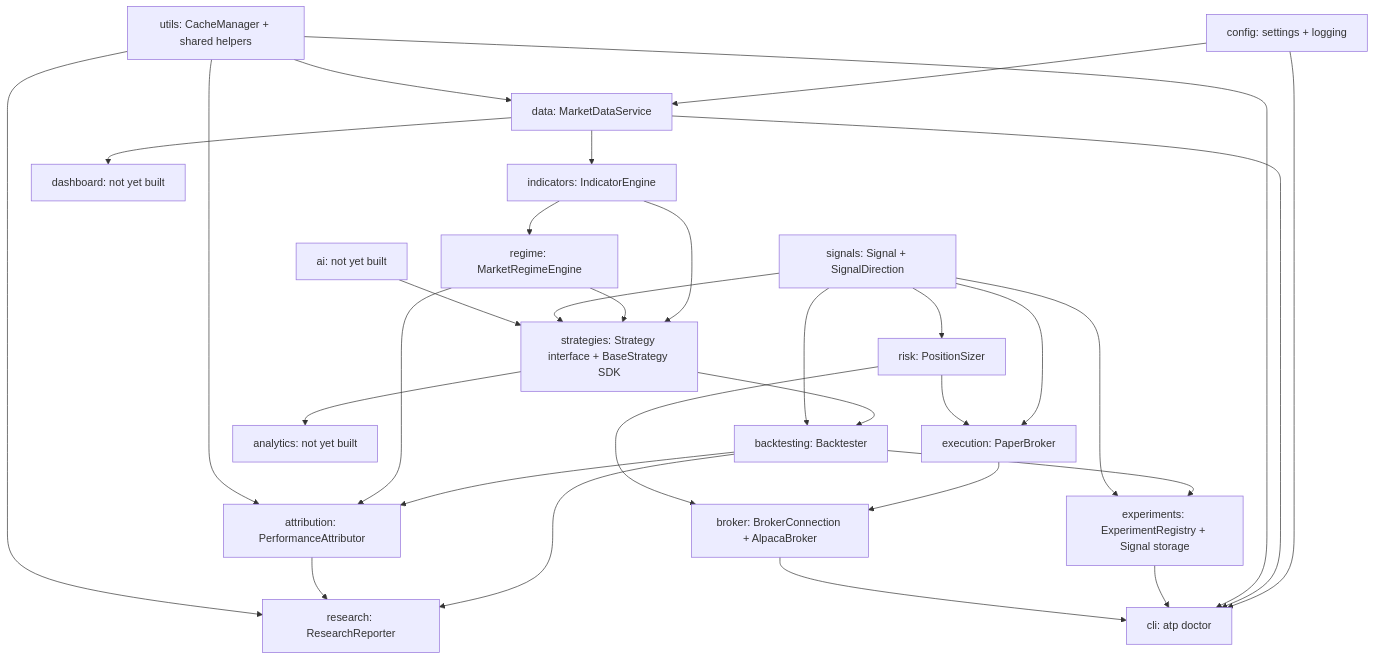
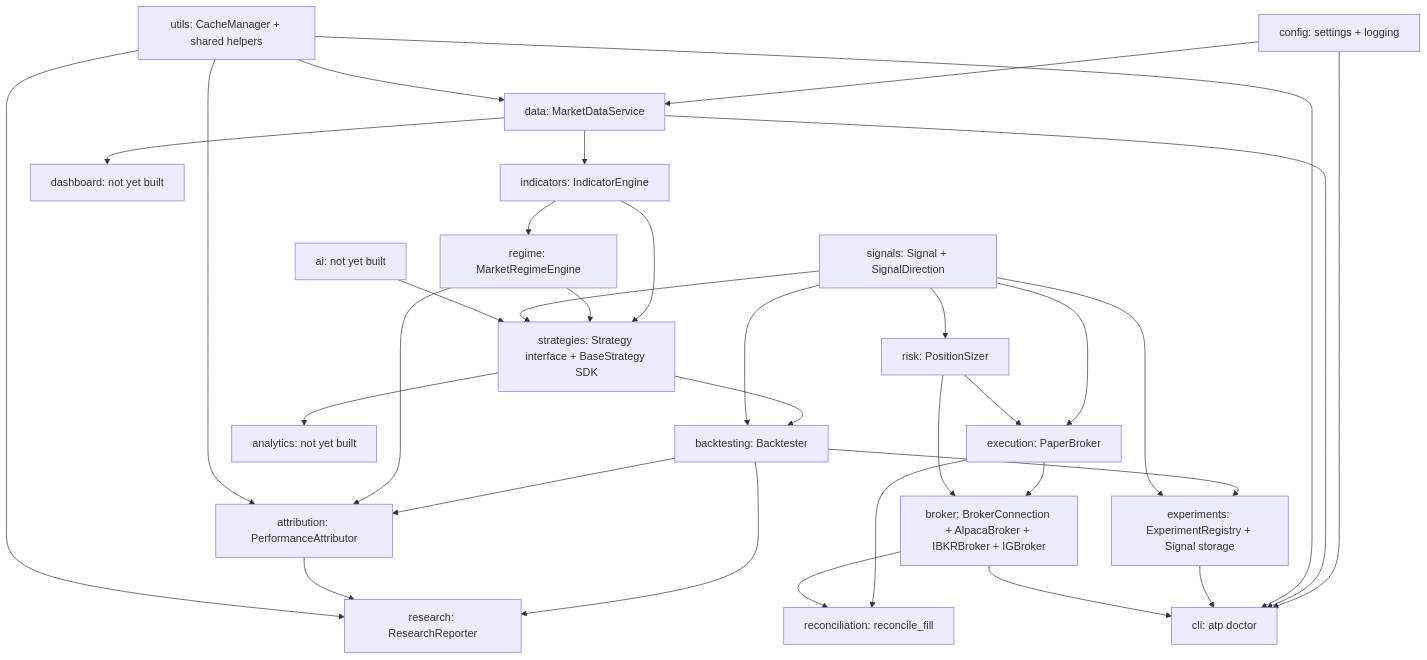
Before and after one commit to grow-op-nasa/ai-trading-platform: the diagram in ARCHITECTURE.md, drawn with Mermaid. The commit also changed other lines of this file and 11 other files, not shown here.

````diff
--- a/ARCHITECTURE.md
+++ b/ARCHITECTURE.md
@@ -14,52 +14,55 @@
 ```mermaid
 graph TD
     config[config: settings + logging]
     utils[utils: CacheManager + shared helpers]
     data[data: MarketDataService]
     indicators[indicators: IndicatorEngine]
     regime[regime: MarketRegimeEngine]
     signals[signals: Signal + SignalDirection]
     strategies[strategies: Strategy interface + BaseStrategy SDK]
     backtesting[backtesting: Backtester]
     attribution[attribution: PerformanceAttributor]
     experiments[experiments: ExperimentRegistry + Signal storage]
     research[research: ResearchReporter]
     risk[risk: PositionSizer]
     execution[execution: PaperBroker]
-    broker[broker: BrokerConnection + AlpacaBroker]
+    broker[broker: BrokerConnection + AlpacaBroker + IBKRBroker + IGBroker]
+    reconciliation[reconciliation: reconcile_fill]
     analytics[analytics: not yet built]
     ai[ai: not yet built]
     dashboard[dashboard: not yet built]
     cli[cli: atp doctor]
 
     config --> data
     utils --> data
     data --> indicators
     indicators --> regime
     indicators --> strategies
     regime --> strategies
     signals --> strategies
     strategies --> backtesting
     signals --> backtesting
     backtesting --> experiments
     signals --> experiments
     backtesting --> attribution
     regime --> attribution
     utils --> attribution
     backtesting --> research
     attribution --> research
     utils --> research
     signals --> risk
     signals --> execution
     risk --> execution
     execution --> broker
     risk --> broker
+    execution --> reconciliation
+    broker --> reconciliation
     strategies --> analytics
     data --> dashboard
     ai --> strategies
     config --> cli
     data --> cli
     utils --> cli
     experiments --> cli
     broker --> cli
 ```
````
